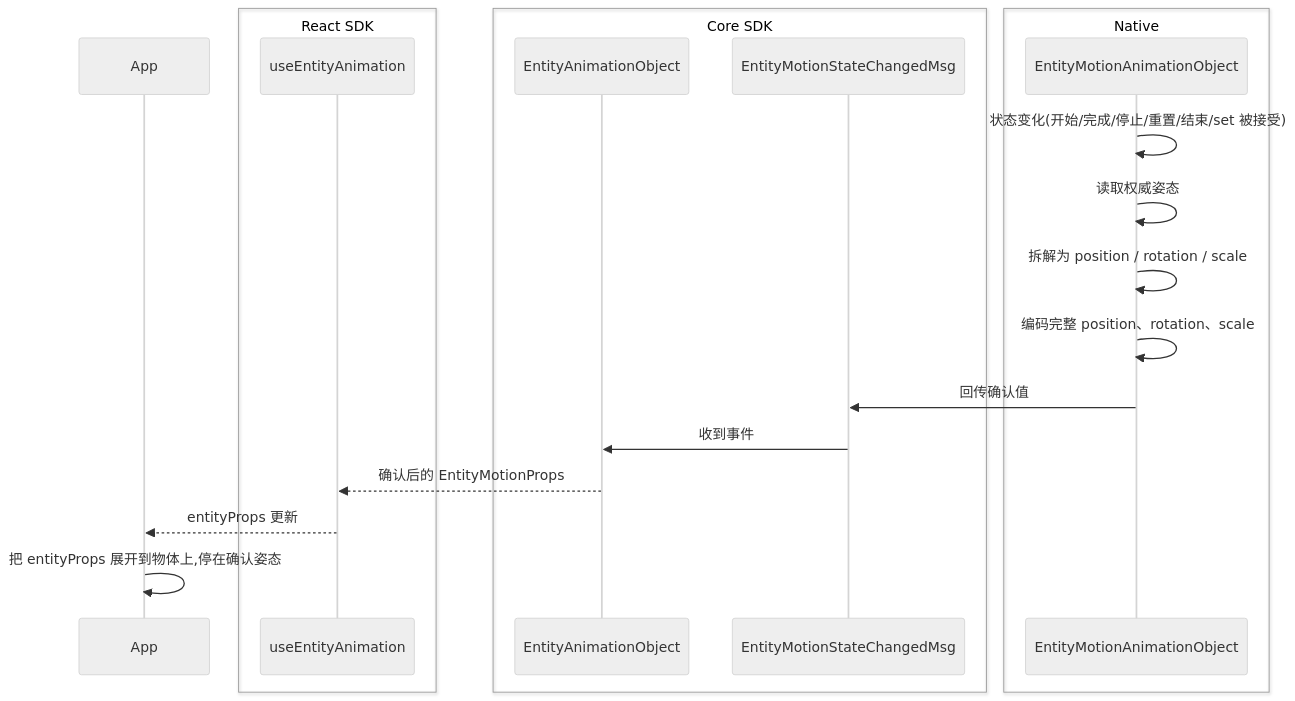
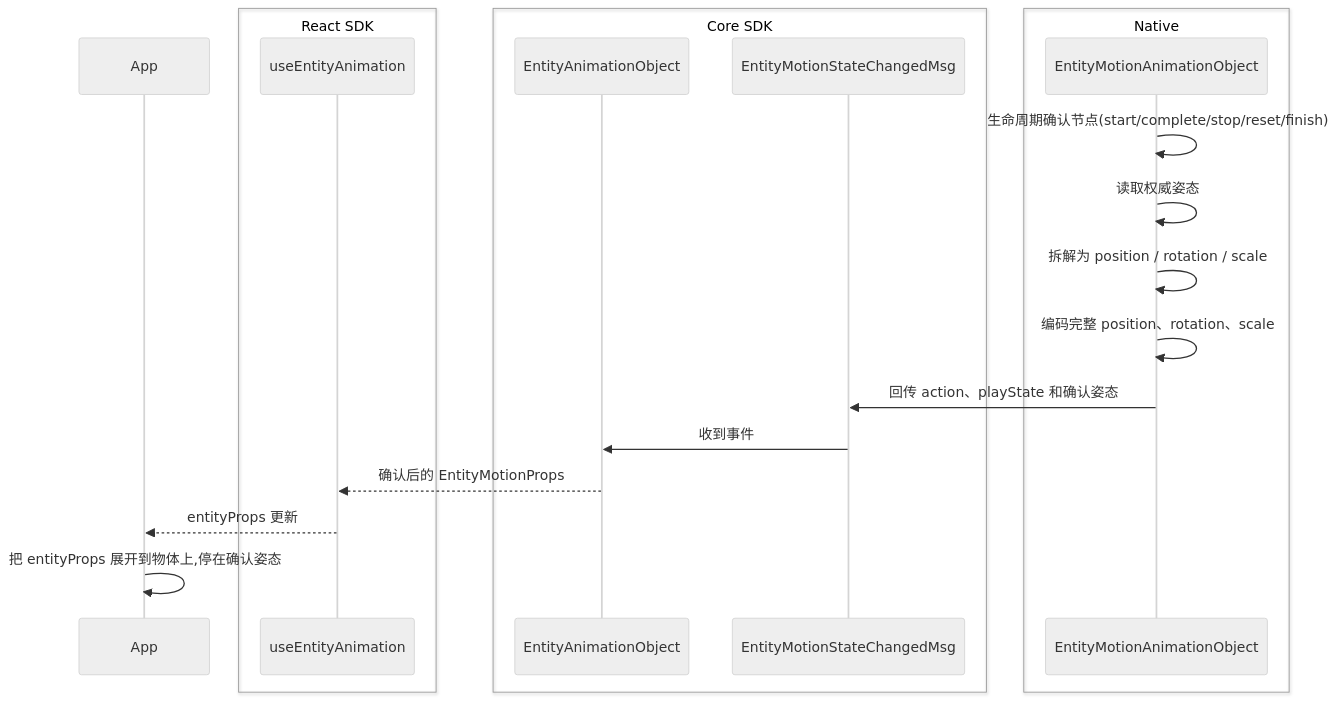
One commit to webspatial/webspatial-sdk changed the fourth of 14 diagrams in openspec/changes/redesign-entity-motion-api/design.zh.md. Above: the diagram before and after it, drawn with Mermaid (neutral theme). The commit also changed other lines of this file and 33 other files, not shown here.

````diff
--- a/openspec/changes/redesign-entity-motion-api/design.zh.md
+++ b/openspec/changes/redesign-entity-motion-api/design.zh.md
@@ -368,24 +370,24 @@
 ```mermaid
 sequenceDiagram
     participant App
     box React SDK
         participant Hook as useEntityAnimation
     end
     box Core SDK
         participant Obj as EntityAnimationObject
         participant Event as EntityMotionStateChangedMsg
     end
     box Native
         participant NativeObj as EntityMotionAnimationObject
     end
 
-    NativeObj->>NativeObj: 状态变化(开始/完成/停止/重置/结束/set 被接受)
+    NativeObj->>NativeObj: 生命周期确认节点(start/complete/stop/reset/finish)
     NativeObj->>NativeObj: 读取权威姿态
     NativeObj->>NativeObj: 拆解为 position / rotation / scale
     NativeObj->>NativeObj: 编码完整 position、rotation、scale
-    NativeObj->>Event: 回传确认值
+    NativeObj->>Event: 回传 action、playState 和确认姿态
     Event->>Obj: 收到事件
     Obj-->>Hook: 确认后的 EntityMotionProps
     Hook-->>App: entityProps 更新
     App->>App: 把 entityProps 展开到物体上,停在确认姿态
 ```
````
